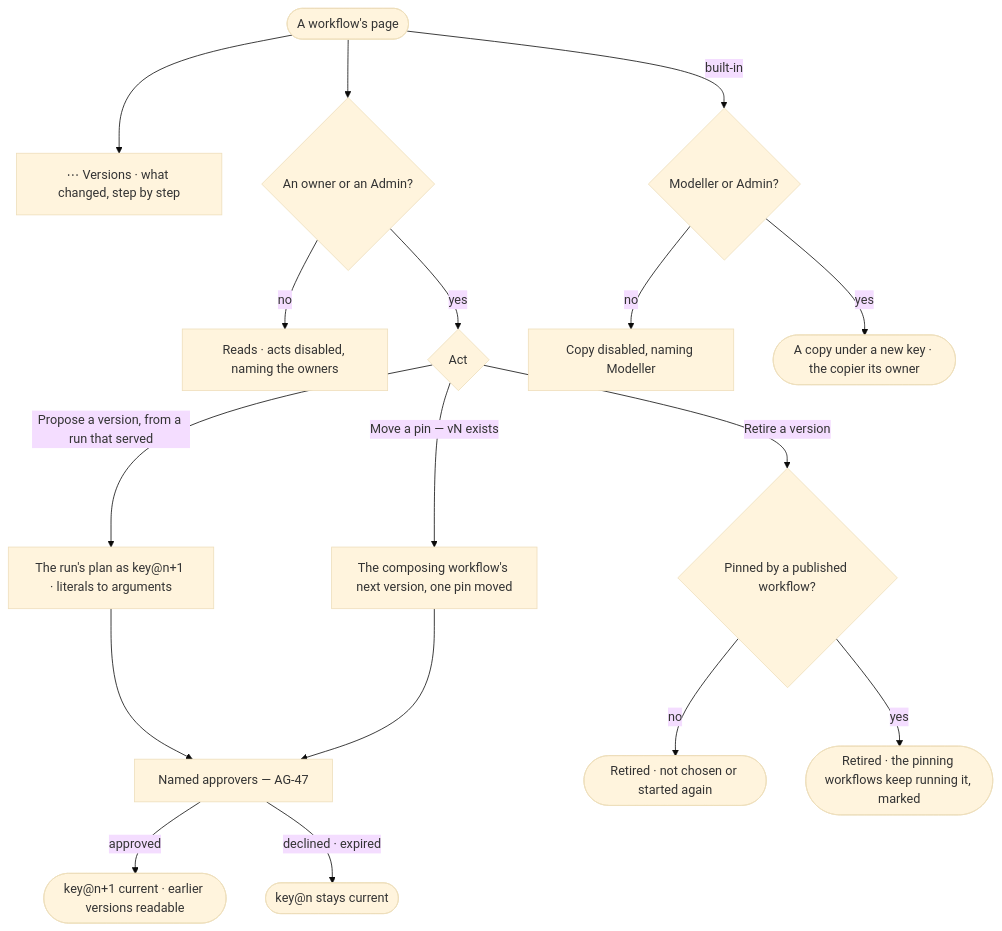
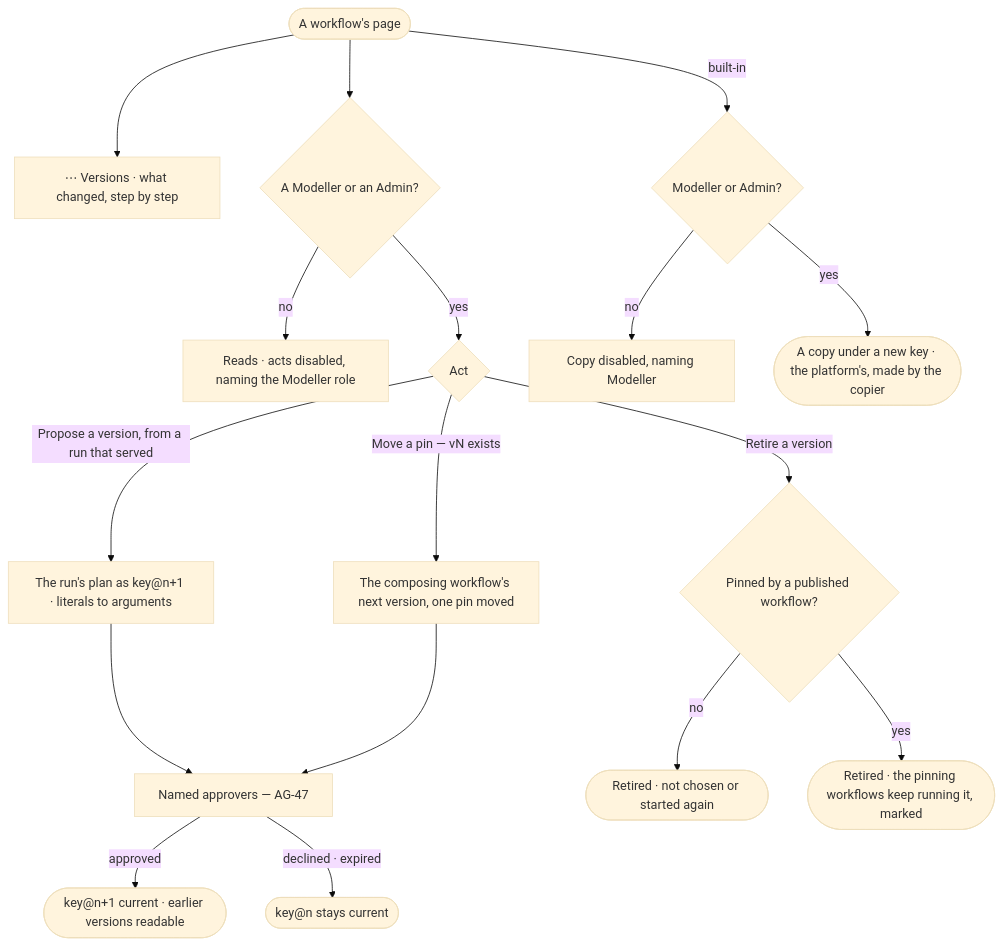
One commit to invana/invana changed the diagram in specs/capabilities/agents/features/AG-F06-plans-and-workflows/stories/AG-48-version-a-workflow-retire-one-and-move-a-pin/story.md. Above: the diagram before and after it, drawn with Mermaid (base theme). The commit also changed other lines of this file and 300 other files, not shown here.

````diff
--- a/specs/capabilities/agents/features/AG-F06-plans-and-workflows/stories/AG-48-version-a-workflow-retire-one-and-move-a-pin/story.md
+++ b/specs/capabilities/agents/features/AG-F06-plans-and-workflows/stories/AG-48-version-a-workflow-retire-one-and-move-a-pin/story.md
@@ -29,17 +30,17 @@
 ```mermaid
 flowchart TD
   w([A workflow's page]) --> v["⋯ Versions · what changed, step by step"]
-  w --> own{"An owner or an Admin?"}
-  own -->|no| ro["Reads · acts disabled, naming the owners"]
+  w --> own{"A Modeller or an Admin?"}
+  own -->|no| ro["Reads · acts disabled, naming the Modeller role"]
   own -->|yes| acts{"Act"}
   acts -->|Propose a version, from a run that served| pv["The run's plan as key@n+1 · literals to arguments"] --> ask["Named approvers — AG-47"]
   ask -->|approved| nv(["key@n+1 current · earlier versions readable"])
   ask -->|declined · expired| keep(["key@n stays current"])
   acts -->|Retire a version| rt{"Pinned by a published workflow?"}
   rt -->|no| rd(["Retired · not chosen or started again"])
   rt -->|yes| rp(["Retired · the pinning workflows keep running it, marked"])
   acts -->|Move a pin — vN exists| mp["The composing workflow's next version, one pin moved"] --> ask
   w -->|built-in| cp{"Modeller or Admin?"}
   cp -->|no| cx["Copy disabled, naming Modeller"]
-  cp -->|yes| c(["A copy under a new key · the copier its owner"])
+  cp -->|yes| c(["A copy under a new key · the platform's, made by the copier"])
 ```
````
